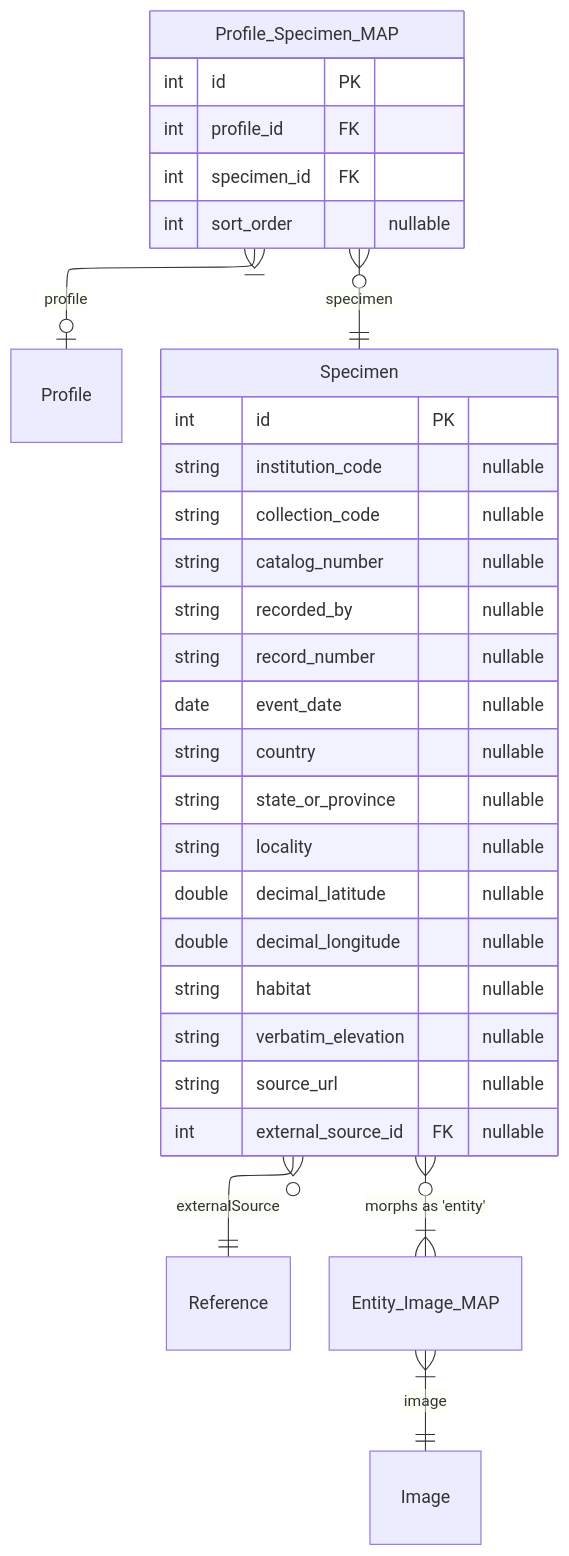
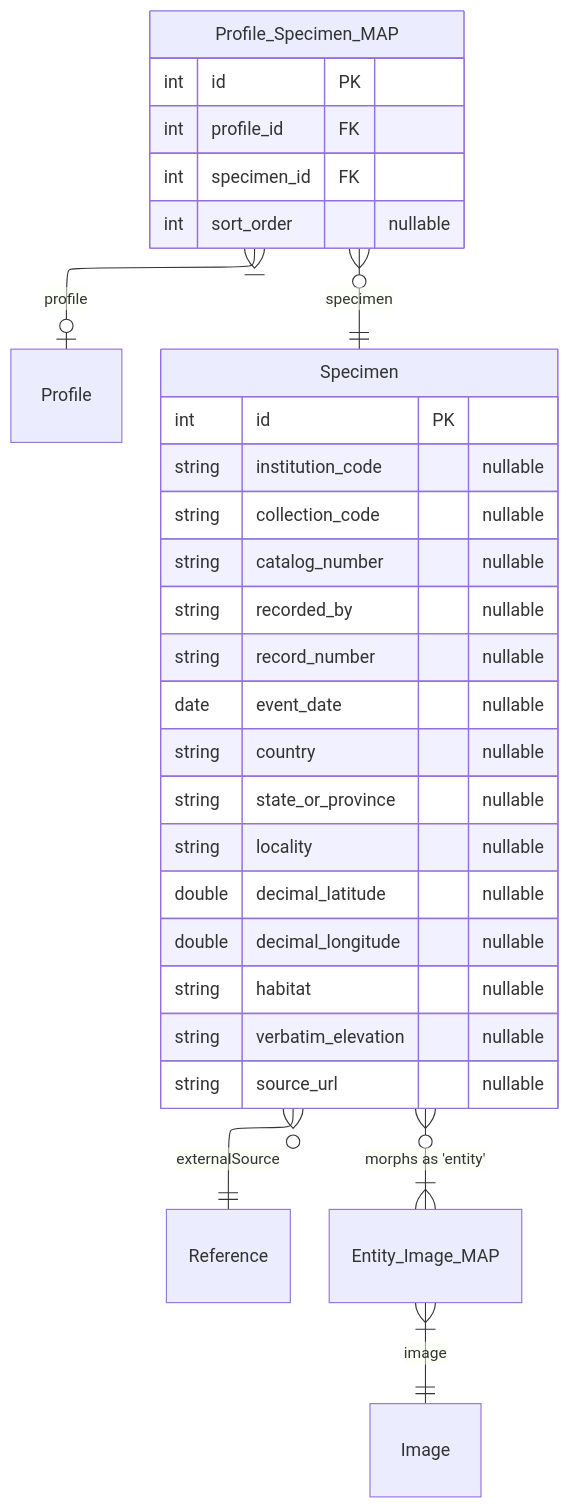
Before and after one commit to vicflora/vicflora-data-model-2026: diagram 13 of 18 in docs/layers.md, drawn with Mermaid. The commit also changed other lines of this file, not shown here.

````diff
--- a/docs/layers.md
+++ b/docs/layers.md
@@ -788,38 +791,37 @@
 ```mermaid
 ---
 config:
   layout: elk
 ---
 erDiagram
     Profile_Specimen_MAP }|--o| Profile : "profile"
     Profile_Specimen_MAP }o--|| Specimen : "specimen"
     Specimen }o--|| Reference : "externalSource"
     Specimen }o--|{ Entity_Image_MAP : "morphs as 'entity'"
     Entity_Image_MAP }|--|| Image : "image"
 
     Profile_Specimen_MAP {
         int id PK
         int profile_id FK 
         int specimen_id FK
         int sort_order "nullable"
     }
 
     Specimen {
         int id PK
         string institution_code "nullable"
         string collection_code "nullable"
         string catalog_number "nullable"
         string recorded_by "nullable"
         string record_number "nullable"
         date event_date "nullable"
         string country "nullable"
         string state_or_province "nullable"
         string locality "nullable"
         double decimal_latitude "nullable"
         double decimal_longitude "nullable"
         string habitat "nullable"
         string verbatim_elevation "nullable"
         string source_url "nullable"
-        int external_source_id FK "nullable"
     }
 ```
````
